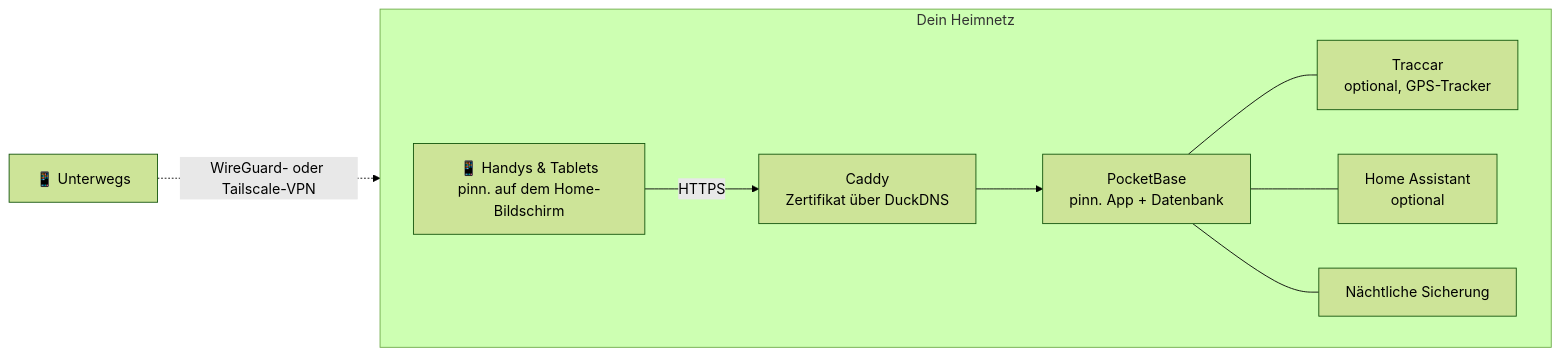
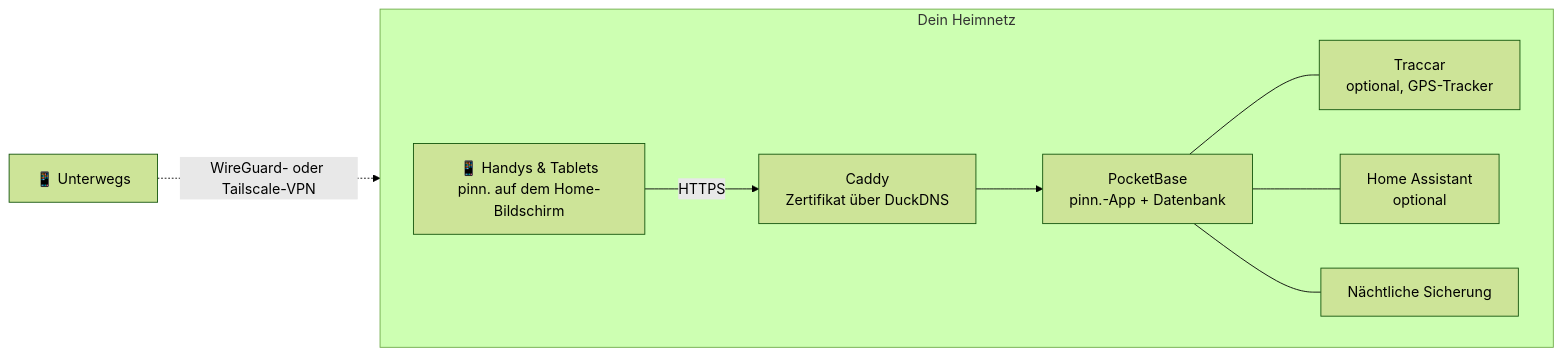
One commit to pinn-shost/pinn changed the diagram in README.de.md. Above: the diagram before and after it, drawn with Mermaid (forest theme). The commit also changed other lines of this file and 4 other files, not shown here.

````diff
--- a/README.de.md
+++ b/README.de.md
@@ -77,12 +87,12 @@
 ```mermaid
 flowchart LR
   subgraph Home["Dein Heimnetz"]
     direction LR
     P["📱 Handys & Tablets<br/>pinn. auf dem Home-Bildschirm"] -->|HTTPS| C["Caddy<br/>Zertifikat über DuckDNS"]
-    C --> PB["PocketBase<br/>pinn. App + Datenbank"]
+    C --> PB["PocketBase<br/>pinn.-App + Datenbank"]
     PB --- T["Traccar<br/>optional, GPS-Tracker"]
     PB --- HA["Home Assistant<br/>optional"]
     PB --- B["Nächtliche Sicherung"]
   end
   R["📱 Unterwegs"] -.->|"WireGuard- oder Tailscale-VPN"| C
 ```
````
